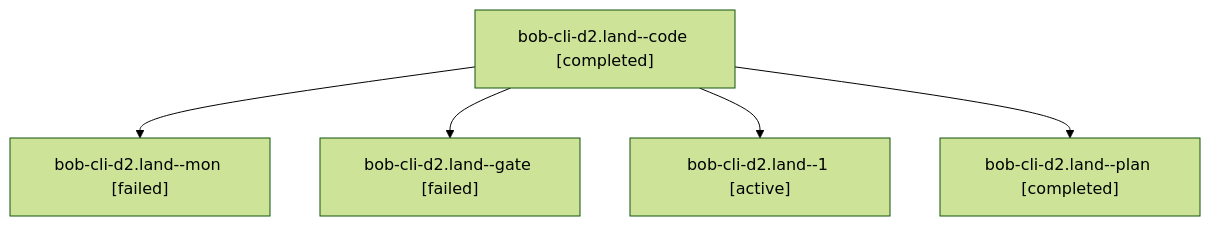
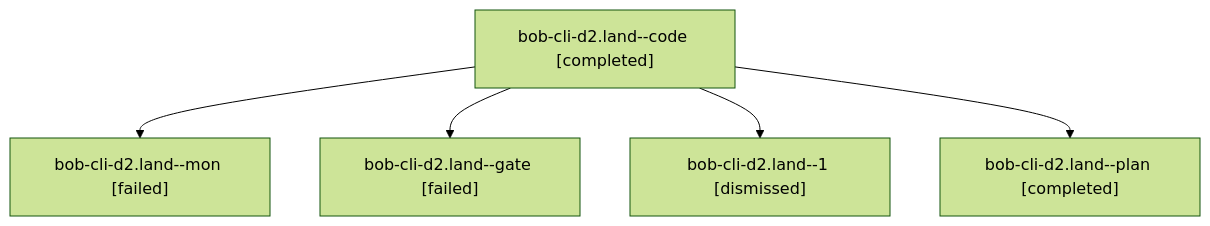
The diagram in sessions/bbugyi200.athena.bob-cli-d2.land.md (bobs-org/bob-cli--agents), drawn with Mermaid (forest theme) before and after one commit. The commit also changed other lines of this file and 30 other files, not shown here.

````diff
--- a/sessions/bbugyi200.athena.bob-cli-d2.land.md
+++ b/sessions/bbugyi200.athena.bob-cli-d2.land.md
@@ -9,12 +9,12 @@
 ```mermaid
 flowchart TD
   n0["bob-cli-d2.land--code [completed]"]
   n1["bob-cli-d2.land--mon [failed]"]
   n0 --> n1
   n2["bob-cli-d2.land--gate [failed]"]
   n0 --> n2
-  n3["bob-cli-d2.land--1 [active]"]
+  n3["bob-cli-d2.land--1 [dismissed]"]
   n0 --> n3
   n4["bob-cli-d2.land--plan [completed]"]
   n0 --> n4
 ```
````
